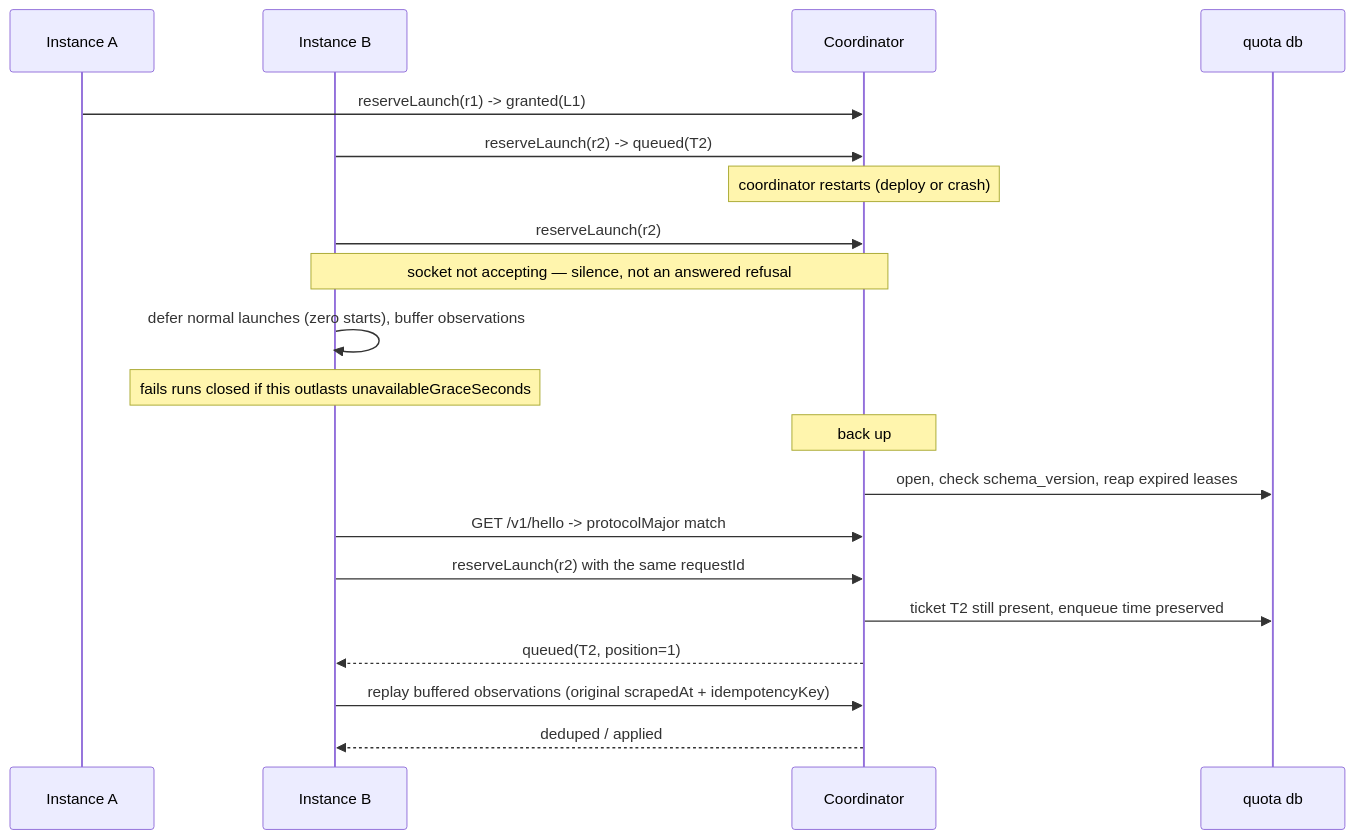
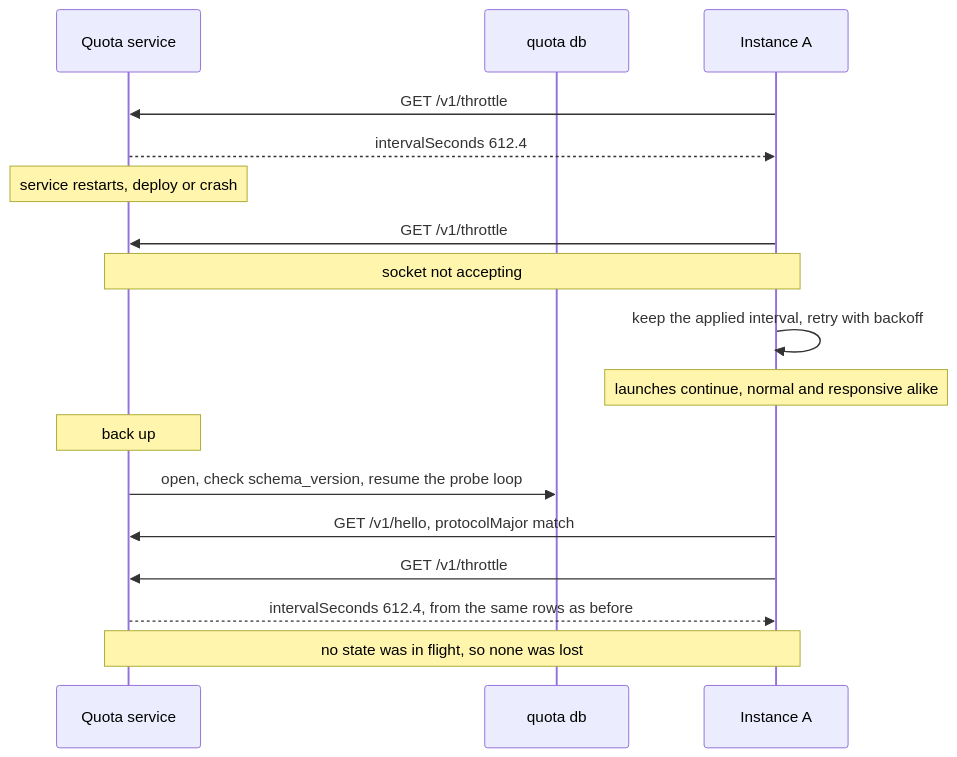
The third of 4 diagrams in docs/quota-coordinator-design.md (MEK-Org/rusa), drawn with Mermaid before and after one commit. The commit also changed other lines of this file, not shown here.

First line of the commit message:
docs(quota): rework v1 around a self-contained quota service

````diff
--- a/docs/quota-coordinator-design.md
+++ b/docs/quota-coordinator-design.md
@@ -1218,23 +883,20 @@
 ```mermaid
 sequenceDiagram
+    participant S as Quota service
+    participant D as quota db
     participant A as Instance A
-    participant B as Instance B
-    participant C as Coordinator
-    participant D as quota db
 
-    A->>C: reserveLaunch(r1) -> granted(L1)
-    B->>C: reserveLaunch(r2) -> queued(T2)
-    Note over C: coordinator restarts (deploy or crash)
-    B->>C: reserveLaunch(r2)
-    Note over B,C: socket not accepting — silence, not an answered refusal
-    B->>B: defer normal launches (zero starts), buffer observations
-    Note over B: fails runs closed if this outlasts unavailableGraceSeconds
-    Note over C: back up
-    C->>D: open, check schema_version, reap expired leases
-    B->>C: GET /v1/hello -> protocolMajor match
-    B->>C: reserveLaunch(r2) with the same requestId
-    C->>D: ticket T2 still present, enqueue time preserved
-    C-->>B: queued(T2, position=1)
-    B->>C: replay buffered observations (original scrapedAt + idempotencyKey)
-    C-->>B: deduped / applied
+    A->>S: GET /v1/throttle
+    S-->>A: intervalSeconds 612.4
+    Note over S: service restarts, deploy or crash
+    A->>S: GET /v1/throttle
+    Note over A,S: socket not accepting
+    A->>A: keep the applied interval, retry with backoff
+    Note over A: launches continue, normal and responsive alike
+    Note over S: back up
+    S->>D: open, check schema_version, resume the probe loop
+    A->>S: GET /v1/hello, protocolMajor match
+    A->>S: GET /v1/throttle
+    S-->>A: intervalSeconds 612.4, from the same rows as before
+    Note over A,S: no state was in flight, so none was lost
 ```
````
